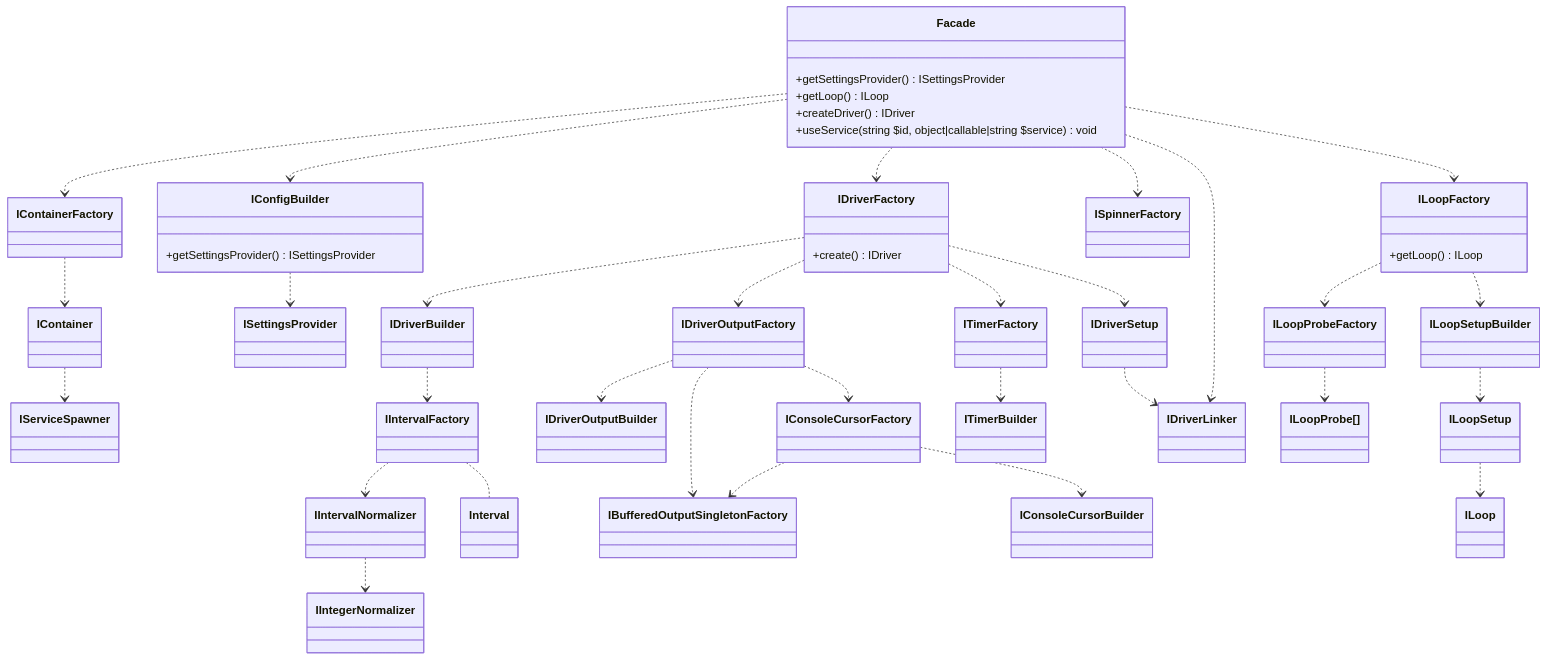
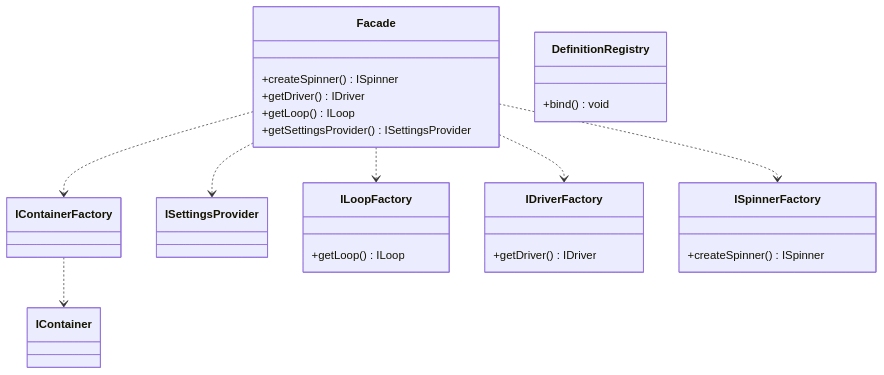
Before and after one commit to alecrabbit/php-console-spinner: the first of 4 diagrams in doc/info/chart/services.md, drawn with Mermaid.

````diff
--- a/doc/info/chart/services.md
+++ b/doc/info/chart/services.md
@@ -3,68 +3,37 @@
 ```mermaid
 classDiagram
     direction TB
     Facade ..> IContainerFactory
-    Facade ..> IConfigBuilder
+    Facade ..> ISettingsProvider
+    Facade ..> ILoopFactory
     Facade ..> IDriverFactory
     Facade ..> ISpinnerFactory
-    Facade ..> IDriverLinker
-    Facade ..> ILoopFactory
    
 
     class Facade {
+        +createSpinner() ISpinner
+        +getDriver() IDriver
+        +getLoop() ILoop
         +getSettingsProvider() ISettingsProvider
-        +getLoop() ILoop
-        +createDriver() IDriver
-        +useService(string $id, object|callable|string $service) void
+    }  
+    
+    class DefinitionRegistry {
+        +bind() void
     }
     
     IContainerFactory ..> IContainer
     
-    IContainer ..> IServiceSpawner
-
-    IDriverFactory ..> IDriverBuilder
-    IDriverFactory ..> IDriverOutputFactory
-    IDriverFactory ..> ITimerFactory
-    IDriverFactory ..> IDriverSetup
-    
-    class IDriverFactory {
-        +create() IDriver
-    }
-    
-    IDriverOutputFactory ..> IDriverOutputBuilder
-    IDriverOutputFactory ..> IBufferedOutputSingletonFactory
-    IDriverOutputFactory ..> IConsoleCursorFactory
-    
-    IDriverBuilder ..> IIntervalFactory
-    
-    IConsoleCursorFactory ..> IBufferedOutputSingletonFactory
-    IConsoleCursorFactory ..> IConsoleCursorBuilder
-    
-    ITimerFactory ..> ITimerBuilder
-    
-    IDriverSetup ..> IDriverLinker
-    
-    ILoopSetup ..> ILoop
-
-    IConfigBuilder ..> ISettingsProvider
-    
-    class IConfigBuilder {
-        +getSettingsProvider() ISettingsProvider
-    }
-    
-    ILoopFactory ..> ILoopProbeFactory
-    ILoopFactory ..> ILoopSetupBuilder
-    
-    ILoopProbeFactory ..> `ILoopProbe[]`
-    
-    ILoopSetupBuilder ..> ILoopSetup
-
     class ILoopFactory {
         +getLoop() ILoop
     }
+    
+    class ISpinnerFactory {
+        +createSpinner() ISpinner
+    }   
+    
+    class IDriverFactory {
+        +getDriver() IDriver
+    }
 
-    IIntervalFactory ..> IIntervalNormalizer
-    IIntervalFactory .. Interval
 
-    IIntervalNormalizer ..> IIntegerNormalizer
 ```
````
